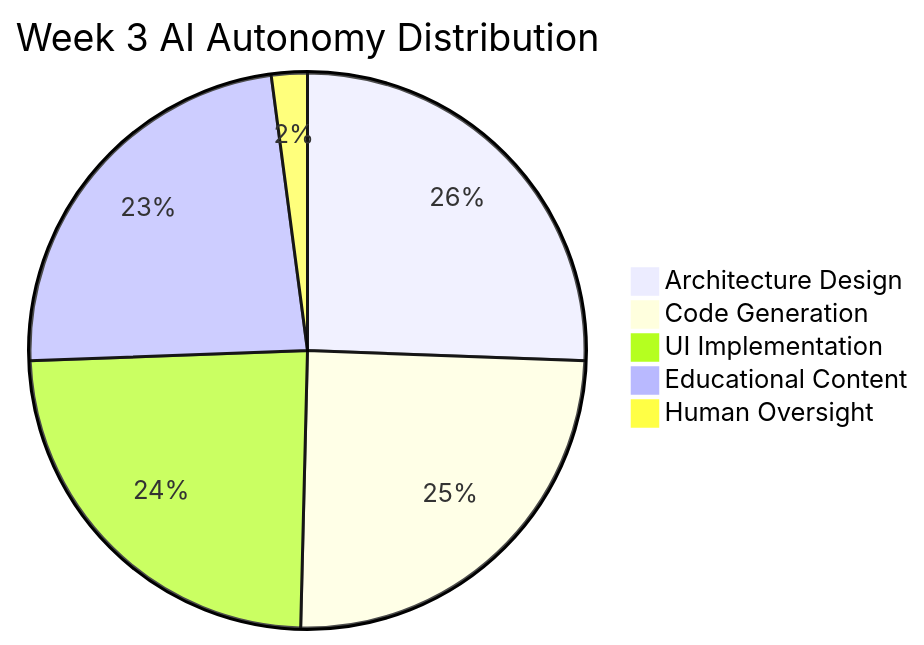
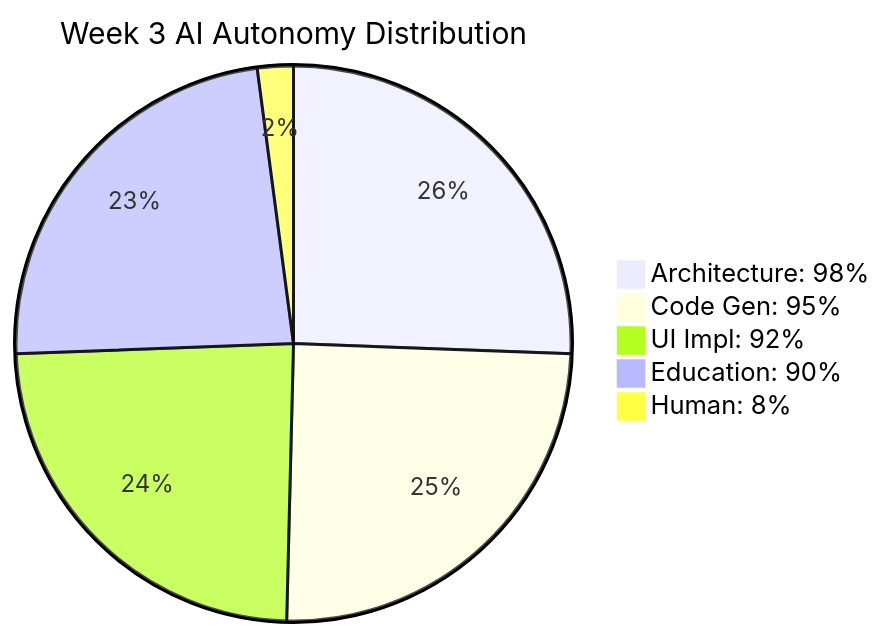
One commit to victorsaly/WorldLeadersGame changed the fifth of 8 diagrams in docs/_posts/2025-08-03-week-3-core-game-engine-complete.md. Above: the diagram before and after it, drawn with Mermaid. The commit also changed 7 other files, not shown here.

Commit message:
🎨 Update Mermaid Diagrams for Enhanced Clarity and Readability

````diff
--- a/docs/_posts/2025-08-03-week-3-core-game-engine-complete.md
+++ b/docs/_posts/2025-08-03-week-3-core-game-engine-complete.md
@@ -263,8 +263,9 @@
 ```mermaid
+%%{init: {'pie': {'textPosition': 0.75}, 'themeVariables': {'pieOuterStrokeWidth': '2px', 'pieSectionTextSize': '16px', 'pieTitleTextSize': '20px'}}}%%
 pie title Week 3 AI Autonomy Distribution
-    "Architecture Design" : 98
-    "Code Generation" : 95
-    "UI Implementation" : 92
-    "Educational Content" : 90
-    "Human Oversight" : 8
+    "Architecture: 98%" : 98
+    "Code Gen: 95%" : 95
+    "UI Impl: 92%" : 92
+    "Education: 90%" : 90
+    "Human: 8%" : 8
 ```
````
